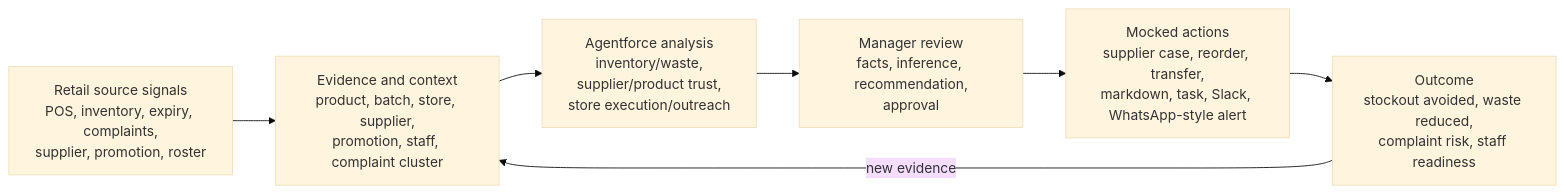
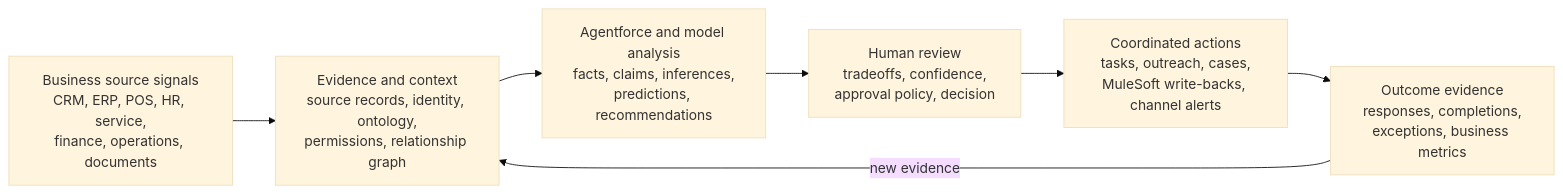
The first of 2 diagrams in docs/architecture.md (freeapikeys/HackathonSalesforce), drawn with Mermaid (base theme) before and after one commit. The commit also changed other lines of this file and 6 other files, not shown here.

````diff
--- a/docs/architecture.md
+++ b/docs/architecture.md
@@ -8,12 +8,12 @@
 ```mermaid
 flowchart LR
-    SOURCES["Retail source signals<br/>POS, inventory, expiry, complaints,<br/>supplier, promotion, roster"]
-    CONTEXT["Evidence and context<br/>product, batch, store, supplier,<br/>promotion, staff, complaint cluster"]
-    AGENTS["Agentforce analysis<br/>inventory/waste,<br/>supplier/product trust,<br/>store execution/outreach"]
-    REVIEW["Manager review<br/>facts, inference, recommendation,<br/>approval"]
-    ACTIONS["Mocked actions<br/>supplier case, reorder, transfer,<br/>markdown, task, Slack, WhatsApp-style alert"]
-    OUTCOME["Outcome<br/>stockout avoided, waste reduced,<br/>complaint risk, staff readiness"]
+    SOURCES["Business source signals<br/>CRM, ERP, POS, HR, service,<br/>finance, operations, documents"]
+    CONTEXT["Evidence and context<br/>source records, identity, ontology,<br/>permissions, relationship graph"]
+    AGENTS["Agentforce and model analysis<br/>facts, claims, inferences,<br/>predictions, recommendations"]
+    REVIEW["Human review<br/>tradeoffs, confidence,<br/>approval policy, decision"]
+    ACTIONS["Coordinated actions<br/>tasks, outreach, cases,<br/>MuleSoft write-backs, channel alerts"]
+    OUTCOME["Outcome evidence<br/>responses, completions,<br/>exceptions, business metrics"]
 
     SOURCES --> CONTEXT --> AGENTS --> REVIEW --> ACTIONS --> OUTCOME
     OUTCOME -->|"new evidence"| CONTEXT
 ```
````
